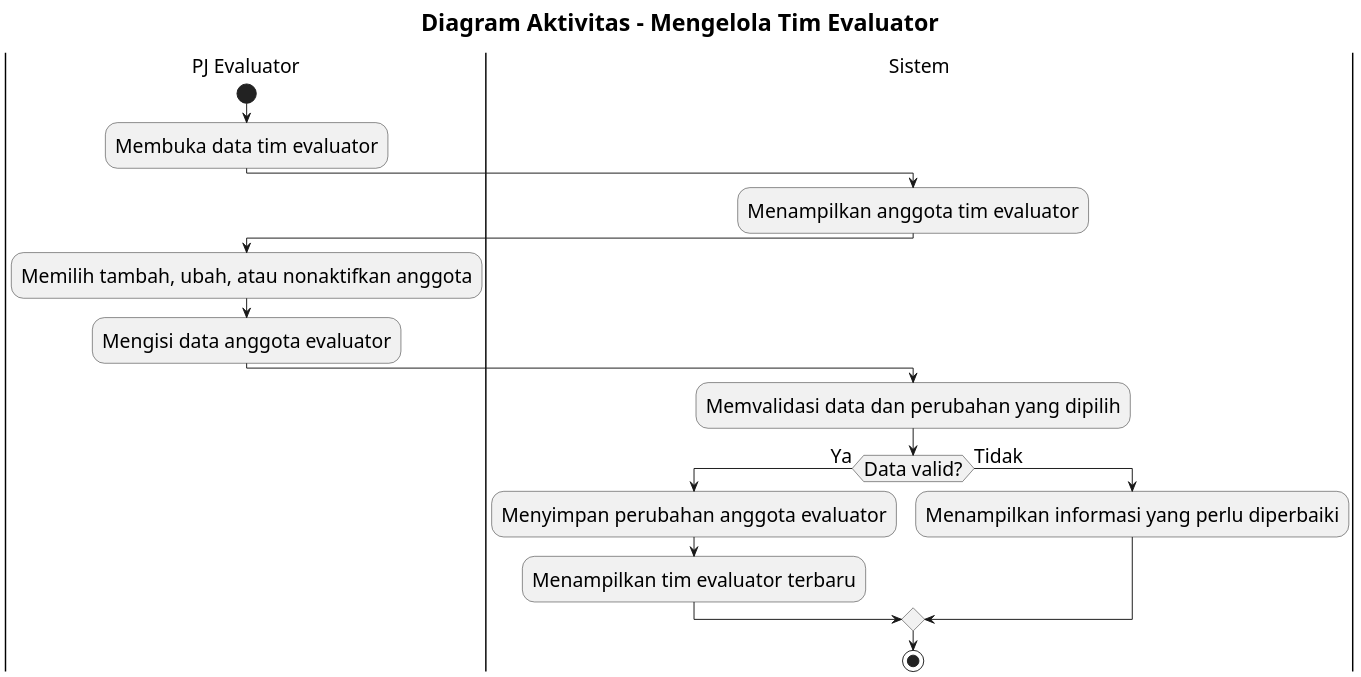
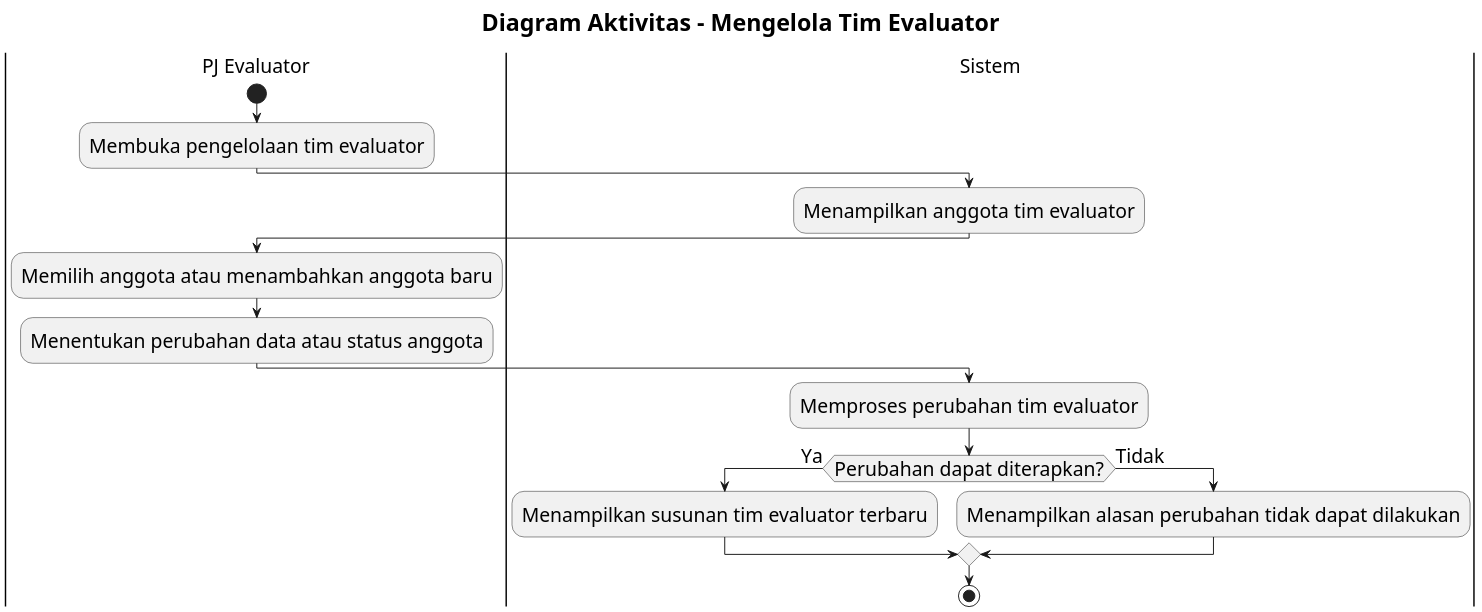
The diagram in docs/activity-diagram/lampiran/pj-evaluator-mengelola-tim-evaluator.md (howlil/sop-generate-app), drawn with PlantUML before and after one commit. The commit also changed 20 other files, not shown here.

Commit message:
docs(activity): simplify flows to business-level design

````diff
--- a/docs/activity-diagram/lampiran/pj-evaluator-mengelola-tim-evaluator.md
+++ b/docs/activity-diagram/lampiran/pj-evaluator-mengelola-tim-evaluator.md
@@ -16,33 +16,32 @@
 ```plantuml
 @startuml
 skinparam defaultFontSize 20
 skinparam titleFontSize 24
 skinparam dpi 160
 
 title Diagram Aktivitas - Mengelola Tim Evaluator
 
 |PJ Evaluator|
 start
-:Membuka data tim evaluator;
+:Membuka pengelolaan tim evaluator;
 
 |Sistem|
 :Menampilkan anggota tim evaluator;
 
 |PJ Evaluator|
-:Memilih tambah, ubah, atau nonaktifkan anggota;
-:Mengisi data anggota evaluator;
+:Memilih anggota atau menambahkan anggota baru;
+:Menentukan perubahan data atau status anggota;
 
 |Sistem|
-:Memvalidasi data dan perubahan yang dipilih;
+:Memproses perubahan tim evaluator;
 
-if (Data valid?) then (Ya)
-  :Menyimpan perubahan anggota evaluator;
-  :Menampilkan tim evaluator terbaru;
+if (Perubahan dapat diterapkan?) then (Ya)
+  :Menampilkan susunan tim evaluator terbaru;
 else (Tidak)
-  :Menampilkan informasi yang perlu diperbaiki;
+  :Menampilkan alasan perubahan tidak dapat dilakukan;
 endif
 
 stop
 
 @enduml
 ```
````
